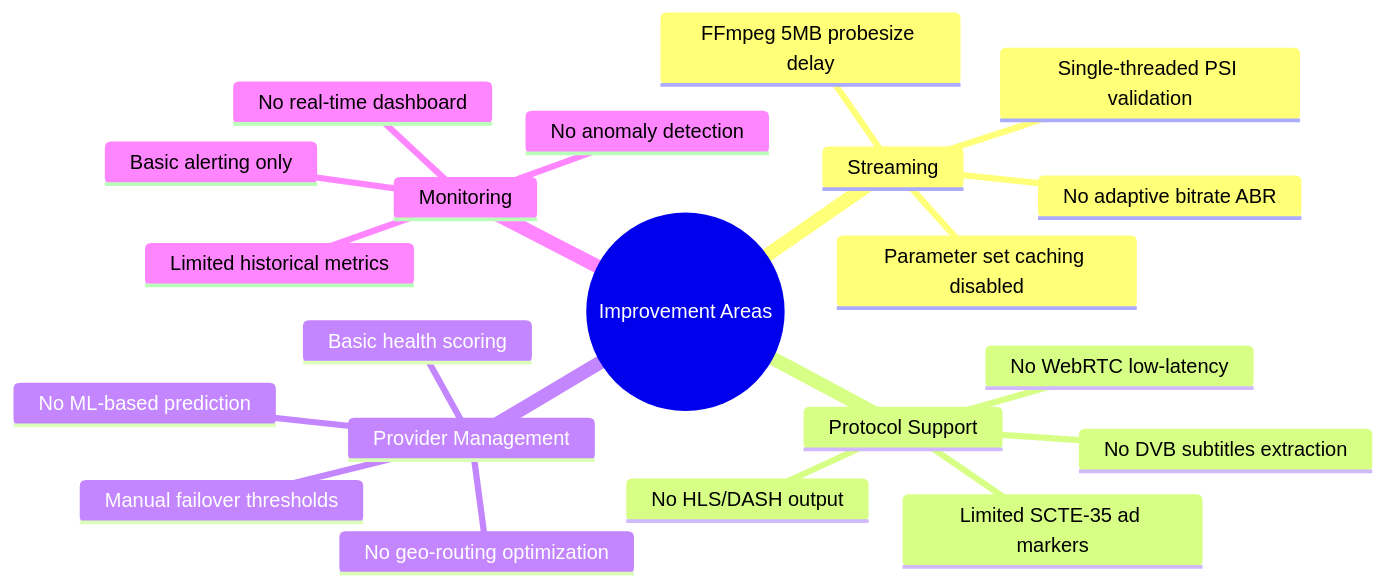
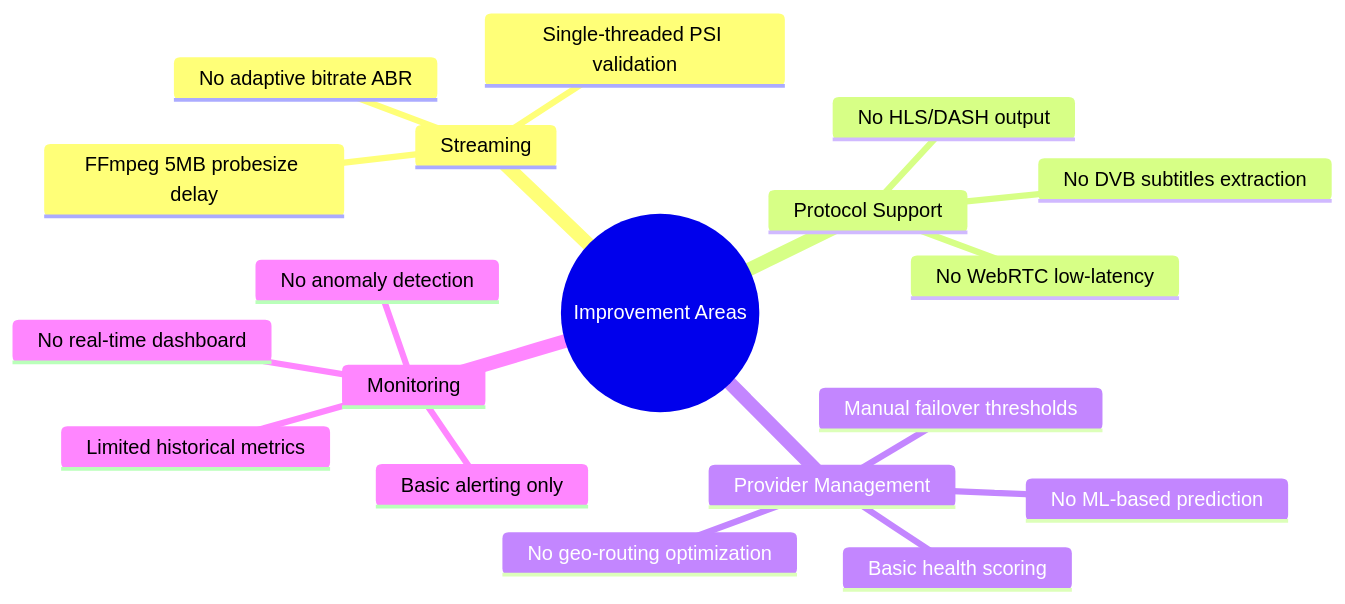
Before and after one commit to magyargergo/Jellyfin.Xtream: the eighth of 11 diagrams in README.md, drawn with Mermaid. The commit also changed other lines of this file and 7 other files, not shown here.

````diff
--- a/README.md
+++ b/README.md
@@ -612,24 +660,22 @@
 ```mermaid
 mindmap
   root((Improvement Areas))
     Streaming
-      Parameter set caching disabled
       No adaptive bitrate ABR
       Single-threaded PSI validation
       FFmpeg 5MB probesize delay
     Protocol Support
       No HLS/DASH output
       No WebRTC low-latency
-      Limited SCTE-35 ad markers
       No DVB subtitles extraction
     Provider Management
       No geo-routing optimization
       Basic health scoring
       No ML-based prediction
       Manual failover thresholds
     Monitoring
       No real-time dashboard
       Limited historical metrics
       No anomaly detection
       Basic alerting only
 ```
````
